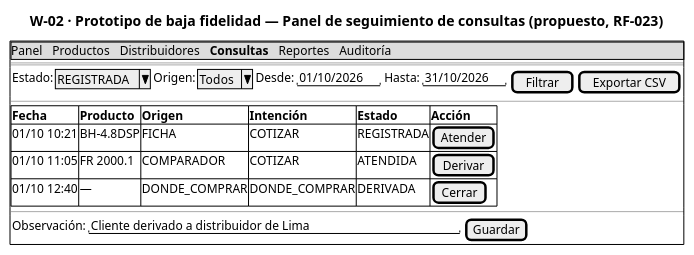
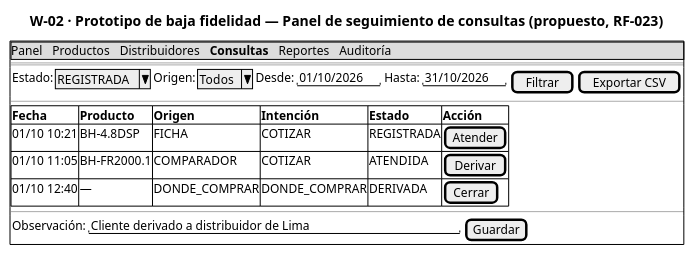
The diagram in RUP_BLACK_HAWK/DIAGRAMAS_UML/fuente_plantuml/W02_wireframe_consultas.puml (AlTi1912/BH-PDF), drawn with PlantUML before and after one commit. The commit also changed 47 other files, not shown here.

```diff
--- a/RUP_BLACK_HAWK/DIAGRAMAS_UML/fuente_plantuml/W02_wireframe_consultas.puml
+++ b/RUP_BLACK_HAWK/DIAGRAMAS_UML/fuente_plantuml/W02_wireframe_consultas.puml
@@ -1,17 +1,17 @@
 @startsalt W02_wireframe_consultas
 title W-02 · Prototipo de baja fidelidad — Panel de seguimiento de consultas (propuesto, RF-023)
 {+
   {* Panel | Productos | Distribuidores | <b>Consultas | Reportes | Auditoría }
   ==
   { Estado: | ^REGISTRADA^ | Origen: | ^Todos^ | Desde: | "01/10/2026" | Hasta: | "31/10/2026" | [Filtrar] | [Exportar CSV] }
   --
   {#
     <b>Fecha | <b>Producto | <b>Origen | <b>Intención | <b>Estado | <b>Acción
     01/10 10:21 | BH-4.8DSP | FICHA | COTIZAR | REGISTRADA | [Atender]
-    01/10 11:05 | FR 2000.1 | COMPARADOR | COTIZAR | ATENDIDA | [Derivar]
+    01/10 11:05 | BH-FR2000.1 | COMPARADOR | COTIZAR | ATENDIDA | [Derivar]
     01/10 12:40 | — | DONDE_COMPRAR | DONDE_COMPRAR | DERIVADA | [Cerrar]
   }
   --
   { Observación: | "Cliente derivado a distribuidor de Lima       " | [Guardar] }
 }
 @endsalt
```
